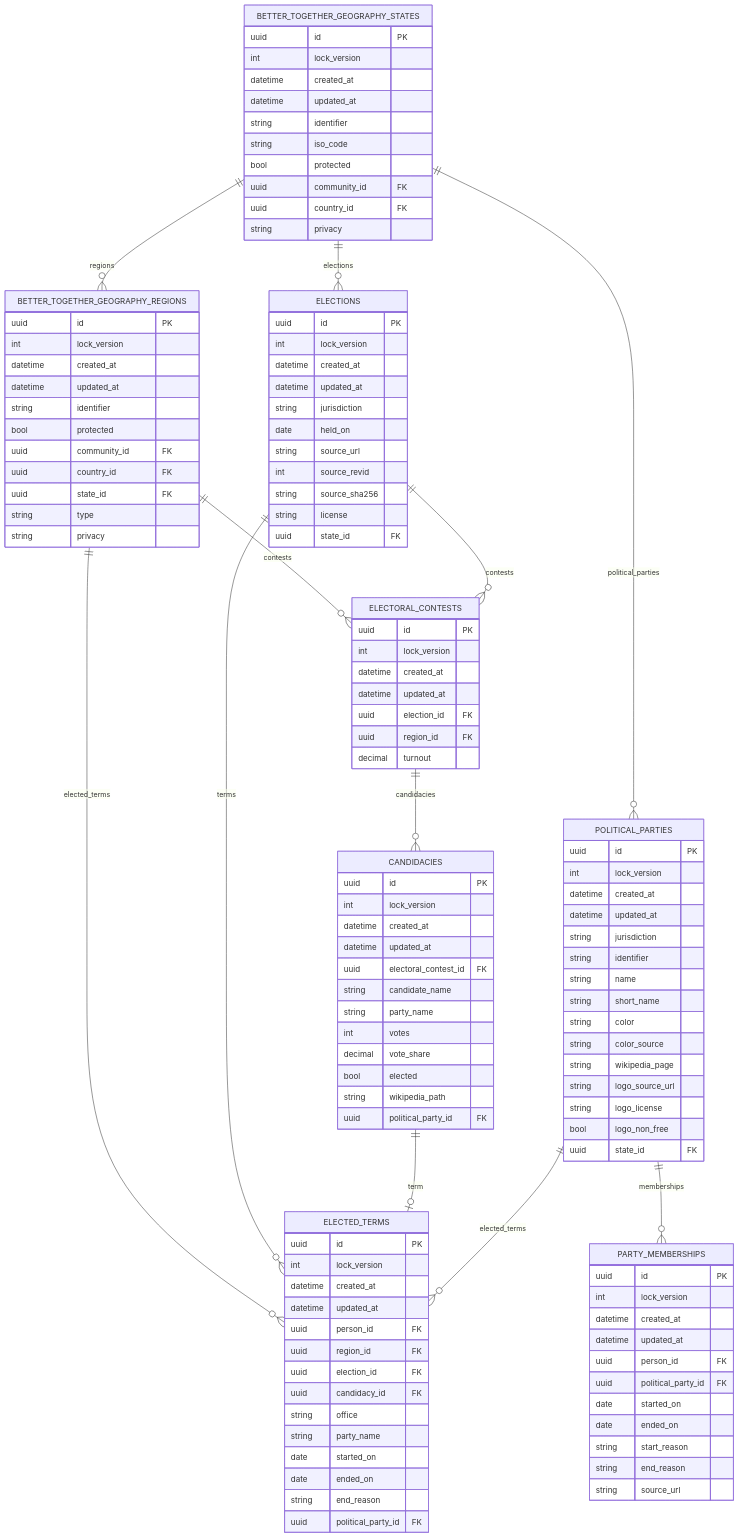
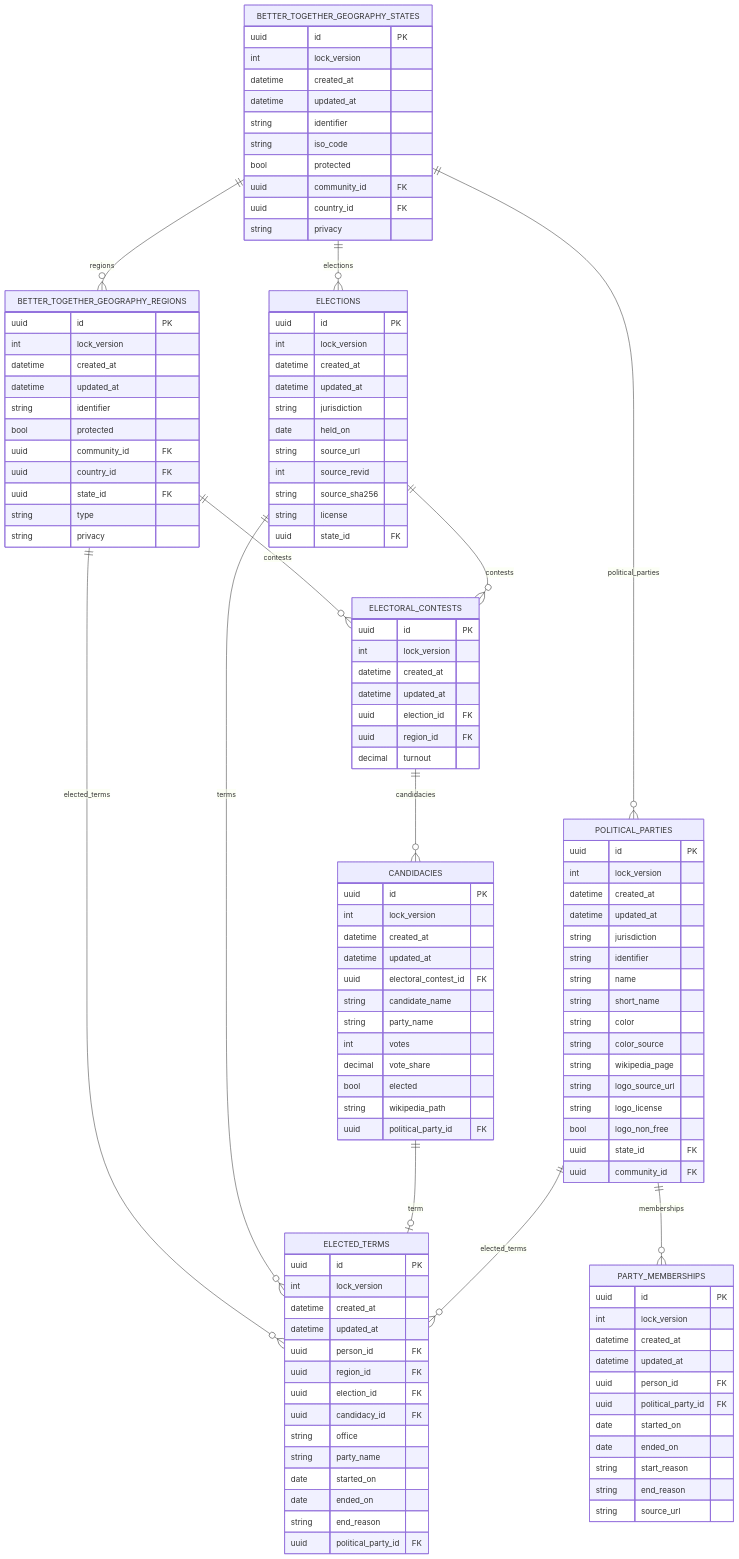
The diagram in docs/diagrams/source/nlo_elections_schema_erd.mmd (better-together-solutions/newfoundlandlabradoronline), drawn with Mermaid before and after one commit. The commit also changed 16 other files, not shown here.

```diff
--- a/docs/diagrams/source/nlo_elections_schema_erd.mmd
+++ b/docs/diagrams/source/nlo_elections_schema_erd.mmd
@@ -1,121 +1,122 @@
 %% Generated by scripts/export_diagrams.rb. Do not edit by hand.
 %% render.orientation: landscape
 erDiagram
   BETTER_TOGETHER_GEOGRAPHY_STATES {
     uuid id PK
     int lock_version
     datetime created_at
     datetime updated_at
     string identifier
     string iso_code
     bool protected
     uuid community_id FK
     uuid country_id FK
     string privacy
   }
   BETTER_TOGETHER_GEOGRAPHY_REGIONS {
     uuid id PK
     int lock_version
     datetime created_at
     datetime updated_at
     string identifier
     bool protected
     uuid community_id FK
     uuid country_id FK
     uuid state_id FK
     string type
     string privacy
   }
   ELECTIONS {
     uuid id PK
     int lock_version
     datetime created_at
     datetime updated_at
     string jurisdiction
     date held_on
     string source_url
     int source_revid
     string source_sha256
     string license
     uuid state_id FK
   }
   ELECTORAL_CONTESTS {
     uuid id PK
     int lock_version
     datetime created_at
     datetime updated_at
     uuid election_id FK
     uuid region_id FK
     decimal turnout
   }
   CANDIDACIES {
     uuid id PK
     int lock_version
     datetime created_at
     datetime updated_at
     uuid electoral_contest_id FK
     string candidate_name
     string party_name
     int votes
     decimal vote_share
     bool elected
     string wikipedia_path
     uuid political_party_id FK
   }
   ELECTED_TERMS {
     uuid id PK
     int lock_version
     datetime created_at
     datetime updated_at
     uuid person_id FK
     uuid region_id FK
     uuid election_id FK
     uuid candidacy_id FK
     string office
     string party_name
     date started_on
     date ended_on
     string end_reason
     uuid political_party_id FK
   }
   POLITICAL_PARTIES {
     uuid id PK
     int lock_version
     datetime created_at
     datetime updated_at
     string jurisdiction
     string identifier
     string name
     string short_name
     string color
     string color_source
     string wikipedia_page
     string logo_source_url
     string logo_license
     bool logo_non_free
     uuid state_id FK
+    uuid community_id FK
   }
   PARTY_MEMBERSHIPS {
     uuid id PK
     int lock_version
     datetime created_at
     datetime updated_at
     uuid person_id FK
     uuid political_party_id FK
     date started_on
     date ended_on
     string start_reason
     string end_reason
     string source_url
   }
   BETTER_TOGETHER_GEOGRAPHY_STATES ||--o{ BETTER_TOGETHER_GEOGRAPHY_REGIONS : "regions"
   BETTER_TOGETHER_GEOGRAPHY_STATES ||--o{ POLITICAL_PARTIES : "political_parties"
   BETTER_TOGETHER_GEOGRAPHY_STATES ||--o{ ELECTIONS : "elections"
   BETTER_TOGETHER_GEOGRAPHY_REGIONS ||--o{ ELECTORAL_CONTESTS : "contests"
   BETTER_TOGETHER_GEOGRAPHY_REGIONS ||--o{ ELECTED_TERMS : "elected_terms"
   ELECTIONS ||--o{ ELECTORAL_CONTESTS : "contests"
   ELECTIONS ||--o{ ELECTED_TERMS : "terms"
   ELECTORAL_CONTESTS ||--o{ CANDIDACIES : "candidacies"
   CANDIDACIES ||--o| ELECTED_TERMS : "term"
   POLITICAL_PARTIES ||--o{ PARTY_MEMBERSHIPS : "memberships"
   POLITICAL_PARTIES ||--o{ ELECTED_TERMS : "elected_terms"
```
